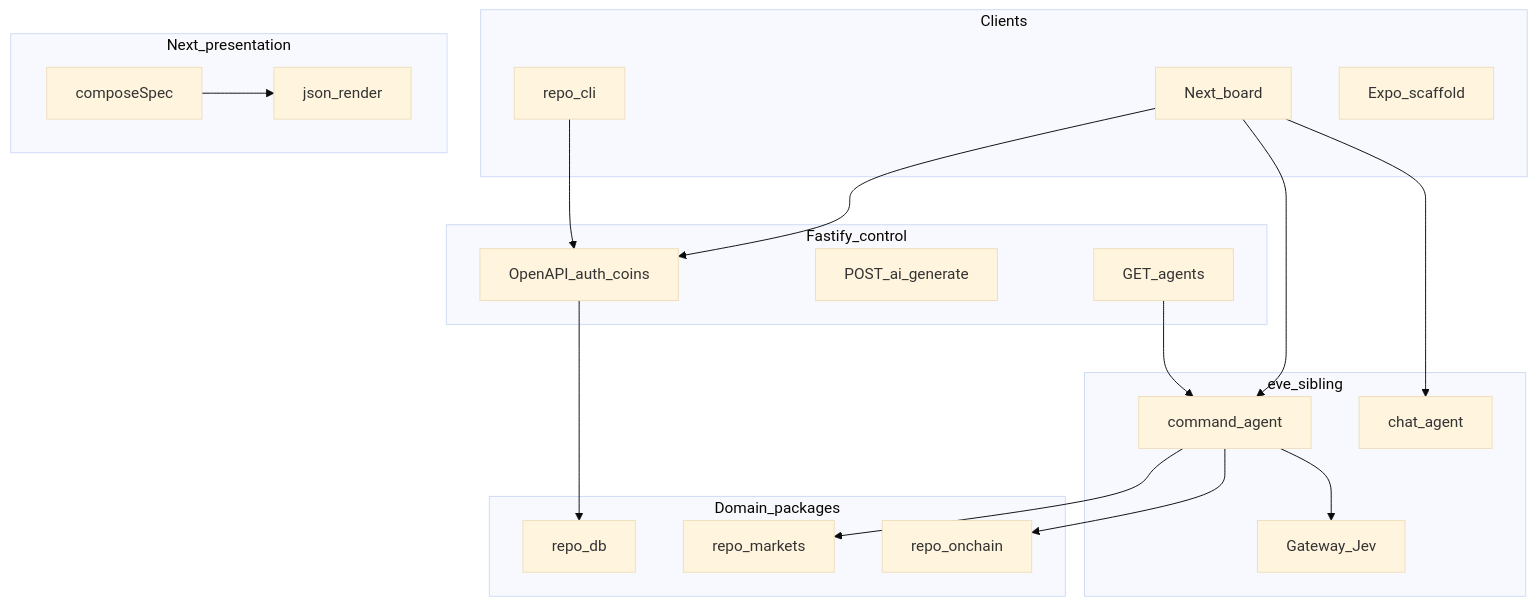
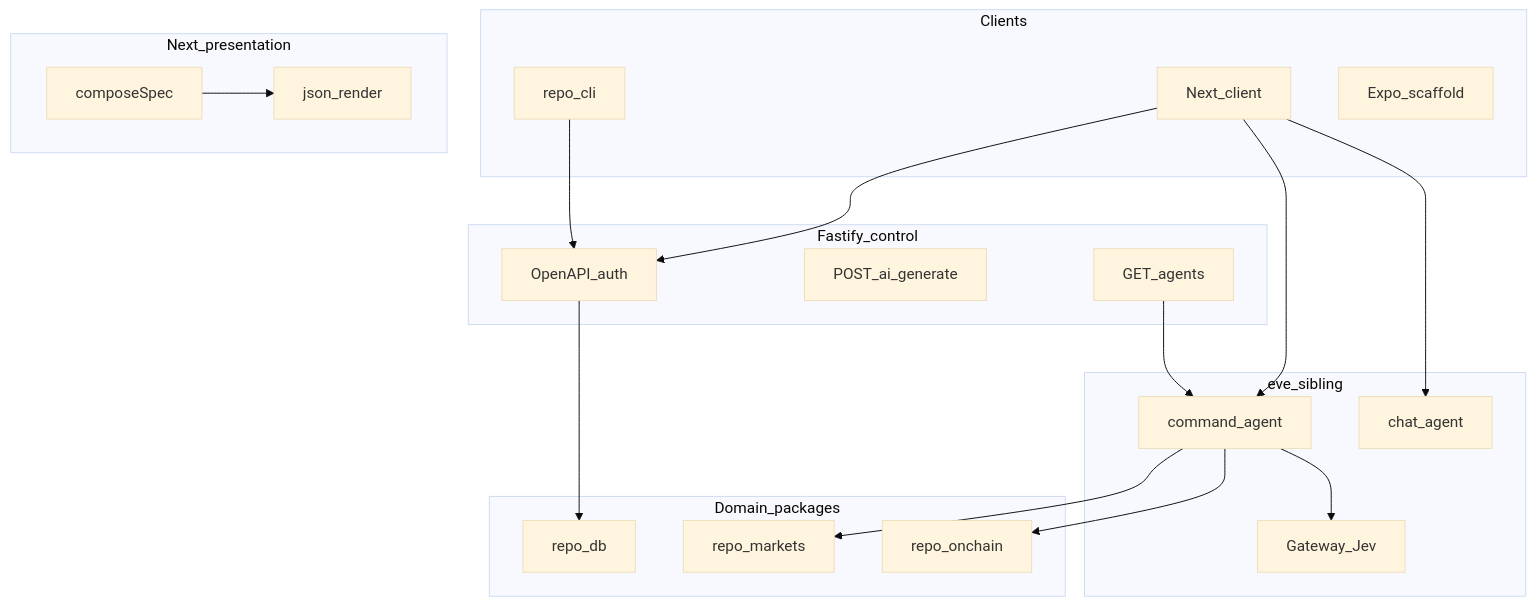
One commit to blockmatic/basilic changed the diagram in apps/docu/content/docs/architecture/index.mdx. Above: the diagram before and after it, drawn with Mermaid (base theme). The commit also changed other lines of this file and 7 other files, not shown here.

````diff
--- a/apps/docu/content/docs/architecture/index.mdx
+++ b/apps/docu/content/docs/architecture/index.mdx
@@ -10,37 +10,37 @@
 ```mermaid
 flowchart TB
   subgraph clients [Clients]
-    Web[Next_board]
+    Web[Next_client]
     CLI[repo_cli]
     Mobile[Expo_scaffold]
   end
   subgraph control [Fastify_control]
-    API[OpenAPI_auth_coins]
+    API[OpenAPI_auth]
     Generate[POST_ai_generate]
     AgentsMeta[GET_agents]
   end
   subgraph eveHost [eve_sibling]
     Command[command_agent]
     Chat[chat_agent]
     Jev[Gateway_Jev]
   end
   subgraph domain [Domain_packages]
     Db[repo_db]
     Markets[repo_markets]
     Onchain[repo_onchain]
   end
   subgraph present [Next_presentation]
     Compose[composeSpec]
     Board[json_render]
   end
   Web --> API
   CLI --> API
   Web --> Command
   Web --> Chat
   AgentsMeta --> Command
   Command --> Jev
   Command --> Markets
   Command --> Onchain
   API --> Db
   Compose --> Board
 ```
````
